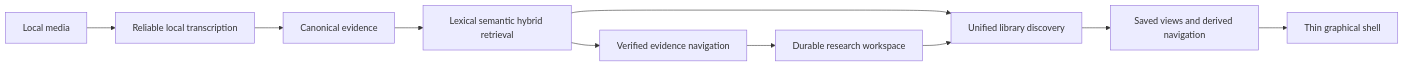
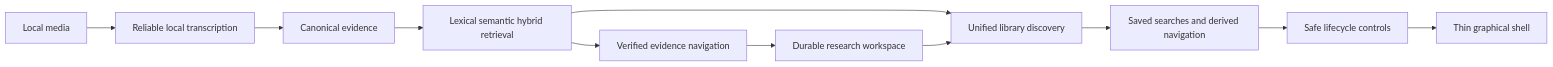
One commit to SSD1805/EchoFlow changed the diagram in ROADMAP.md. Above: the diagram before and after it, drawn with Mermaid. The commit also changed other lines of this file, not shown here.

Commit message:
docs(roadmap): mark saved searches and navigation as foundation

````diff
--- a/ROADMAP.md
+++ b/ROADMAP.md
@@ -16,12 +16,13 @@
 ```mermaid
 flowchart LR
     A[Local media] --> B[Reliable local transcription]
     B --> C[Canonical evidence]
     C --> D[Lexical semantic hybrid retrieval]
     D --> E[Verified evidence navigation]
     E --> F[Durable research workspace]
     D --> G[Unified library discovery]
     F --> G
-    G --> H[Saved views and derived navigation]
-    H --> I[Thin graphical shell]
+    G --> H[Saved searches and derived navigation]
+    H --> I[Safe lifecycle controls]
+    I --> J[Thin graphical shell]
 ```
````
